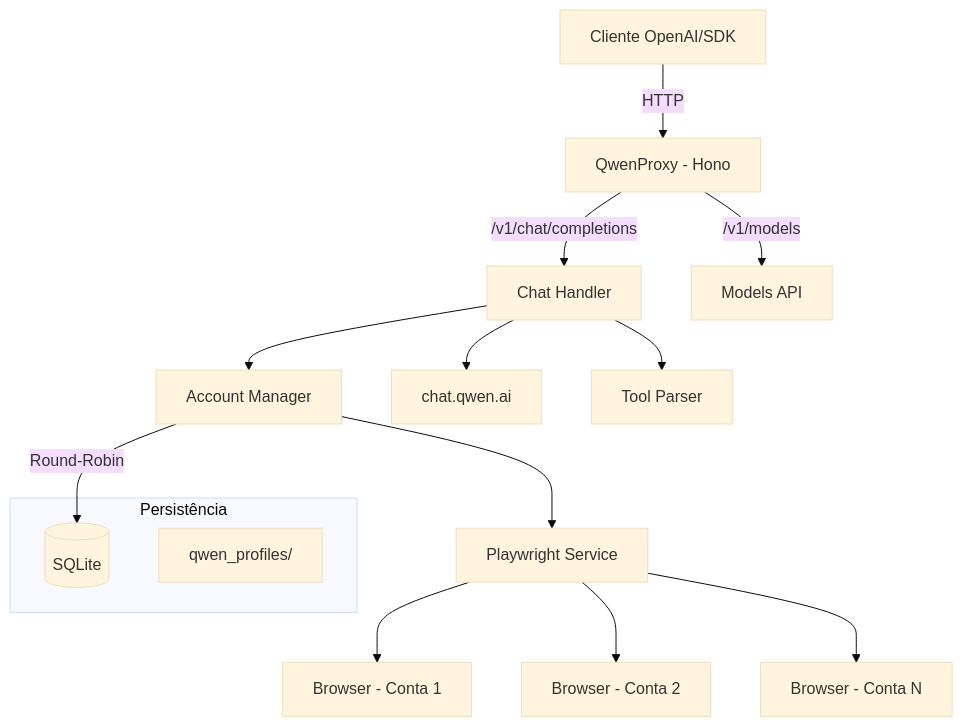
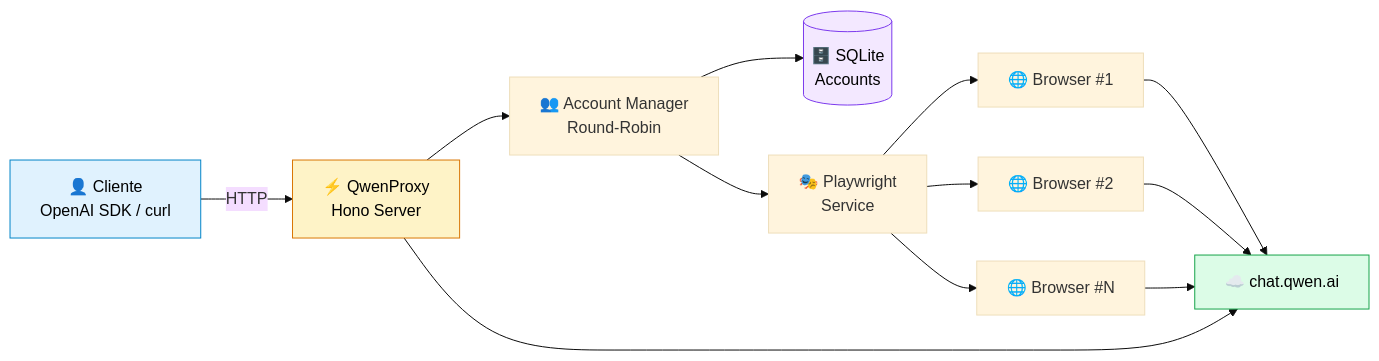
The diagram in README.md (STXG4/QWENPROXY), drawn with Mermaid (base theme) before and after one commit. The commit also changed other lines of this file, not shown here.

````diff
--- a/README.md
+++ b/README.md
@@ -33,19 +118,29 @@
 ```mermaid
-graph TD
-    Client[Cliente OpenAI/SDK] -->|HTTP| Proxy[QwenProxy - Hono]
-    Proxy -->|/v1/chat/completions| Handler[Chat Handler]
-    Proxy -->|/v1/models| Models[Models API]
-    Handler --> AccountMgr[Account Manager]
-    AccountMgr -->|Round-Robin| Accounts[(SQLite)]
-    AccountMgr --> Playwright[Playwright Service]
-    Playwright --> Browser1[Browser - Conta 1]
-    Playwright --> Browser2[Browser - Conta 2]
-    Playwright --> BrowserN[Browser - Conta N]
-    Handler --> QwenAPI[chat.qwen.ai]
-    Handler --> Tools[Tool Parser]
+flowchart LR
+    Client["👤 Cliente<br/>OpenAI SDK / curl"]
+    Proxy["⚡ QwenProxy<br/>Hono Server"]
+    Manager["👥 Account Manager<br/>Round-Robin"]
+    DB[("🗄️ SQLite<br/>Accounts")]
+    Playwright["🎭 Playwright<br/>Service"]
+    B1["🌐 Browser #1"]
+    B2["🌐 Browser #2"]
+    BN["🌐 Browser #N"]
+    Qwen["☁️ chat.qwen.ai"]
 
-    subgraph "Persistência"
-        Accounts
-        Profiles[qwen_profiles/]
-    end
+    Client -->|HTTP| Proxy
+    Proxy --> Manager
+    Manager --> DB
+    Manager --> Playwright
+    Playwright --> B1
+    Playwright --> B2
+    Playwright --> BN
+    B1 --> Qwen
+    B2 --> Qwen
+    BN --> Qwen
+    Proxy --> Qwen
+
+    style Client fill:#e0f2fe,stroke:#0284c7,color:#000
+    style Proxy fill:#fef3c7,stroke:#d97706,color:#000
+    style DB fill:#f3e8ff,stroke:#7c3aed,color:#000
+    style Qwen fill:#dcfce7,stroke:#16a34a,color:#000
 ```
````
